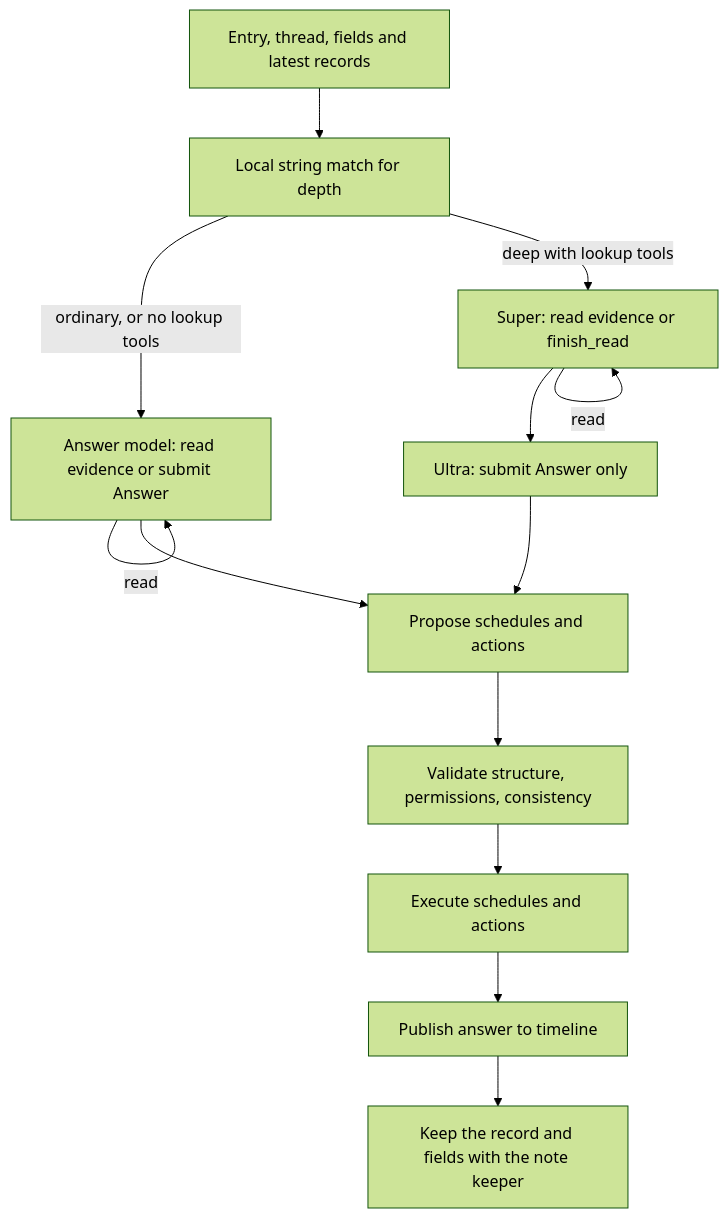
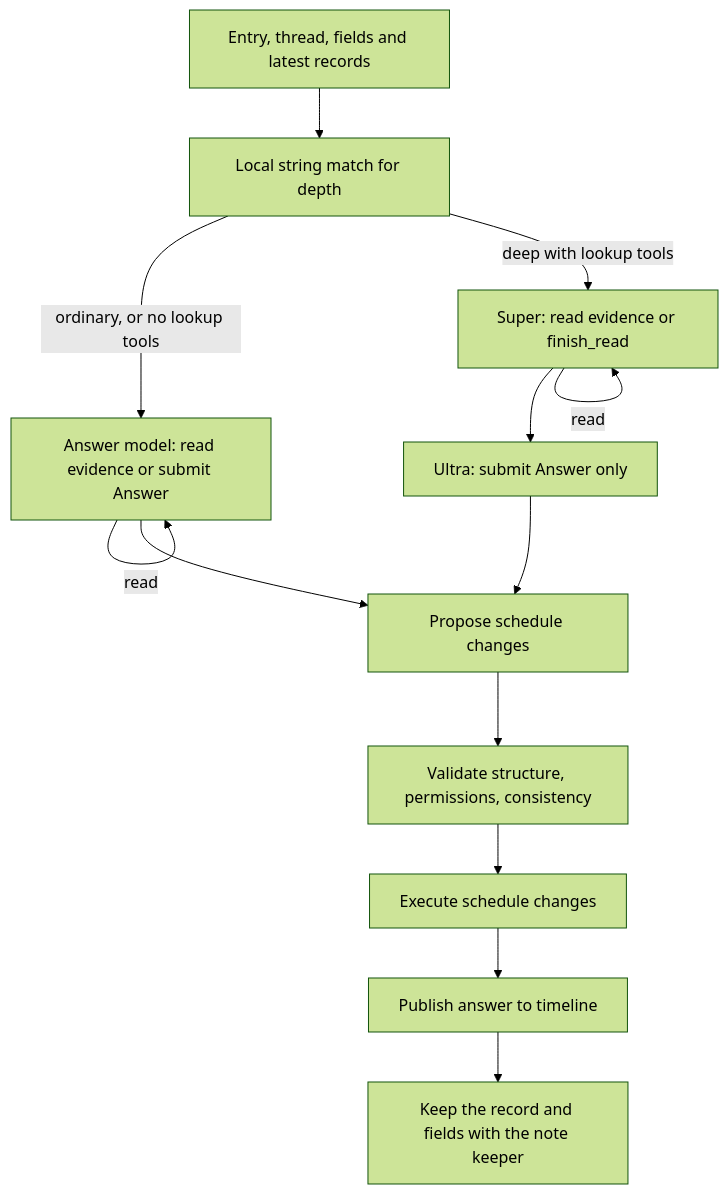
The diagram in docs/system/personas.md (takeshy/kakeratta), drawn with Mermaid (forest theme) before and after one commit. The commit also changed other lines of this file and 43 other files, not shown here.

````diff
--- a/docs/system/personas.md
+++ b/docs/system/personas.md
@@ -147,15 +147,15 @@
 ```mermaid
 flowchart TD
   Input[Entry, thread, fields and latest records] --> Depth[Local string match for depth]
   Depth -->|ordinary, or no lookup tools| Answer[Answer model: read evidence or submit Answer]
   Answer -->|read| Answer
   Depth -->|deep with lookup tools| Read[Super: read evidence or finish_read]
   Read -->|read| Read
   Read --> Final[Ultra: submit Answer only]
   Final --> Phases
-  Answer --> Phases[Propose schedules and actions]
+  Answer --> Phases[Propose schedule changes]
   Phases --> Review[Validate structure, permissions, consistency]
-  Review --> Execute[Execute schedules and actions]
+  Review --> Execute[Execute schedule changes]
   Execute --> Publish[Publish answer to timeline]
   Publish --> Keeper[Keep the record and fields with the note keeper]
 ```
````
